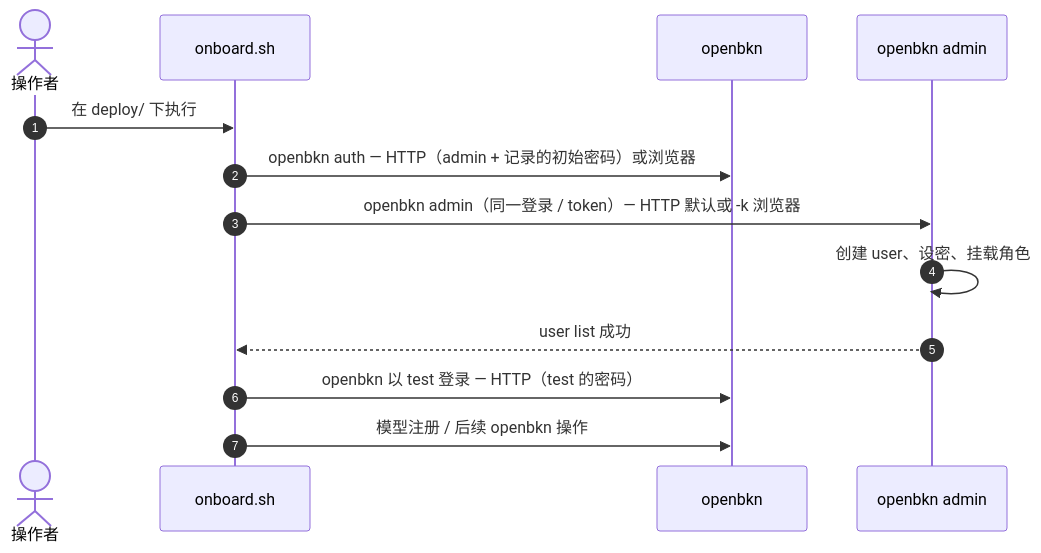
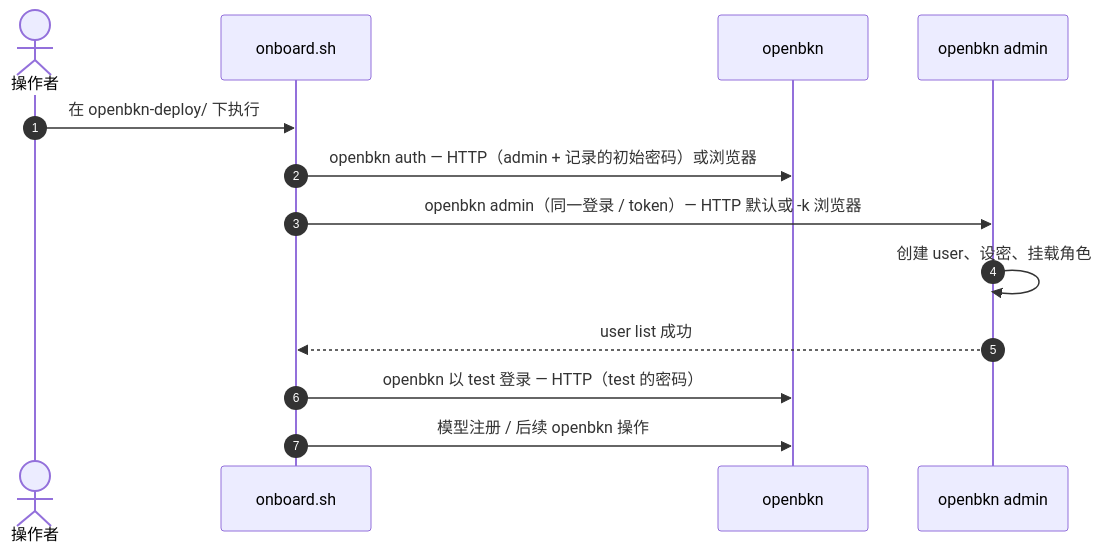
One commit to openbkn-ai/bkn-foundry changed the third of 3 diagrams in help/zh/install.md. Above: the diagram before and after it, drawn with Mermaid. The commit also changed other lines of this file and 301 other files, not shown here.

````diff
--- a/help/zh/install.md
+++ b/help/zh/install.md
@@ -308,15 +308,15 @@
 ```mermaid
 sequenceDiagram
   autonumber
   actor U as 操作者
   participant O as onboard.sh
   participant K as openbkn
   participant A as openbkn admin
-  U->>O: 在 deploy/ 下执行
+  U->>O: 在 openbkn-deploy/ 下执行
   O->>K: openbkn auth — HTTP（admin + 记录的初始密码）或浏览器
   O->>A: openbkn admin（同一登录 / token）— HTTP 默认或 -k 浏览器
   A->>A: 创建 user、设密、挂载角色
   A-->>O: user list 成功
   O->>K: openbkn 以 test 登录 — HTTP（test 的密码）
   O->>K: 模型注册 / 后续 openbkn 操作
 ```
````
